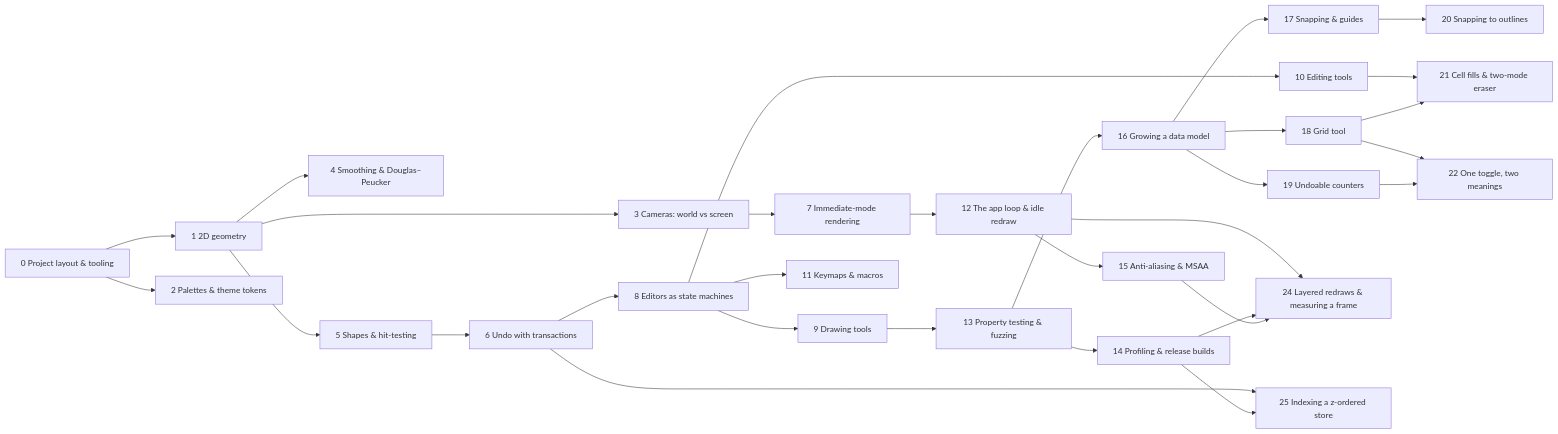
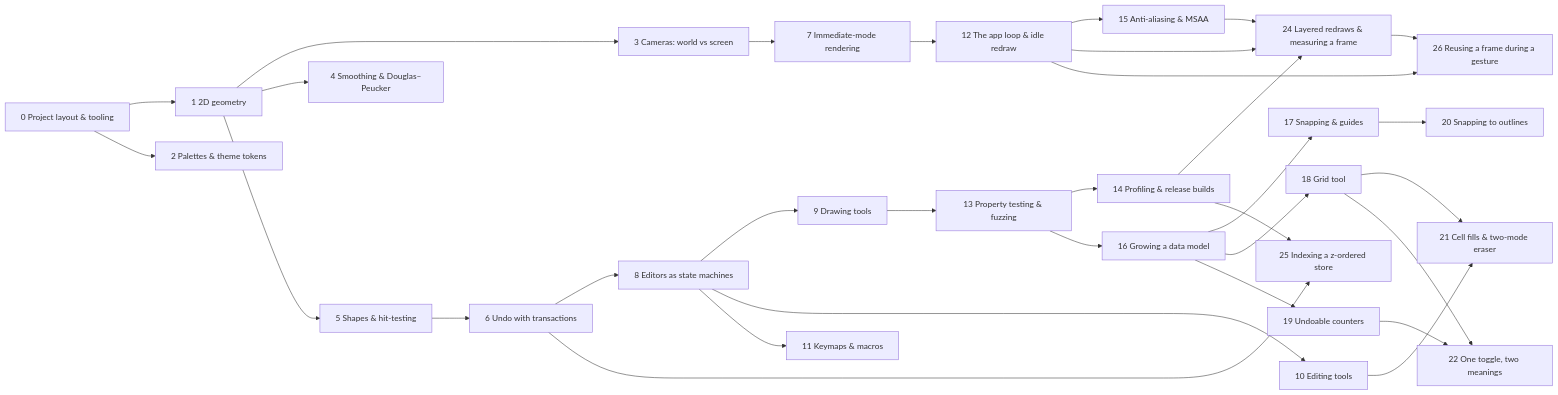
The diagram in docs/tutorials/Learning Path.md (UmBender/draw), drawn with Mermaid before and after one commit. The commit also changed other lines of this file and 3 other files, not shown here.

````diff
--- a/docs/tutorials/Learning Path.md
+++ b/docs/tutorials/Learning Path.md
@@ -11,32 +11,34 @@
 ```mermaid
 flowchart LR
   s0[0 Project layout & tooling] --> s1[1 2D geometry]
   s0 --> s2[2 Palettes & theme tokens]
   s1 --> s3[3 Cameras: world vs screen]
   s1 --> s4[4 Smoothing & Douglas–Peucker]
   s1 --> s5[5 Shapes & hit-testing]
   s5 --> s6[6 Undo with transactions]
   s3 --> s7[7 Immediate-mode rendering]
   s6 --> s8[8 Editors as state machines]
   s8 --> s9[9 Drawing tools]
   s8 --> s10[10 Editing tools]
   s8 --> s11[11 Keymaps & macros]
   s7 --> s12[12 The app loop & idle redraw]
   s9 --> s13[13 Property testing & fuzzing]
   s13 --> s14[14 Profiling & release builds]
   s12 --> s15[15 Anti-aliasing & MSAA]
   s13 --> s16[16 Growing a data model]
   s16 --> s17[17 Snapping & guides]
   s16 --> s18[18 Grid tool]
   s16 --> s19[19 Undoable counters]
   s17 --> s20[20 Snapping to outlines]
   s10 --> s21[21 Cell fills & two-mode eraser]
   s18 --> s21
   s18 --> s22[22 One toggle, two meanings]
   s19 --> s22
   s12 --> s24[24 Layered redraws & measuring a frame]
   s14 --> s24
   s15 --> s24
   s6 --> s25[25 Indexing a z-ordered store]
   s14 --> s25
+  s12 --> s26[26 Reusing a frame during a gesture]
+  s24 --> s26
 ```
````
